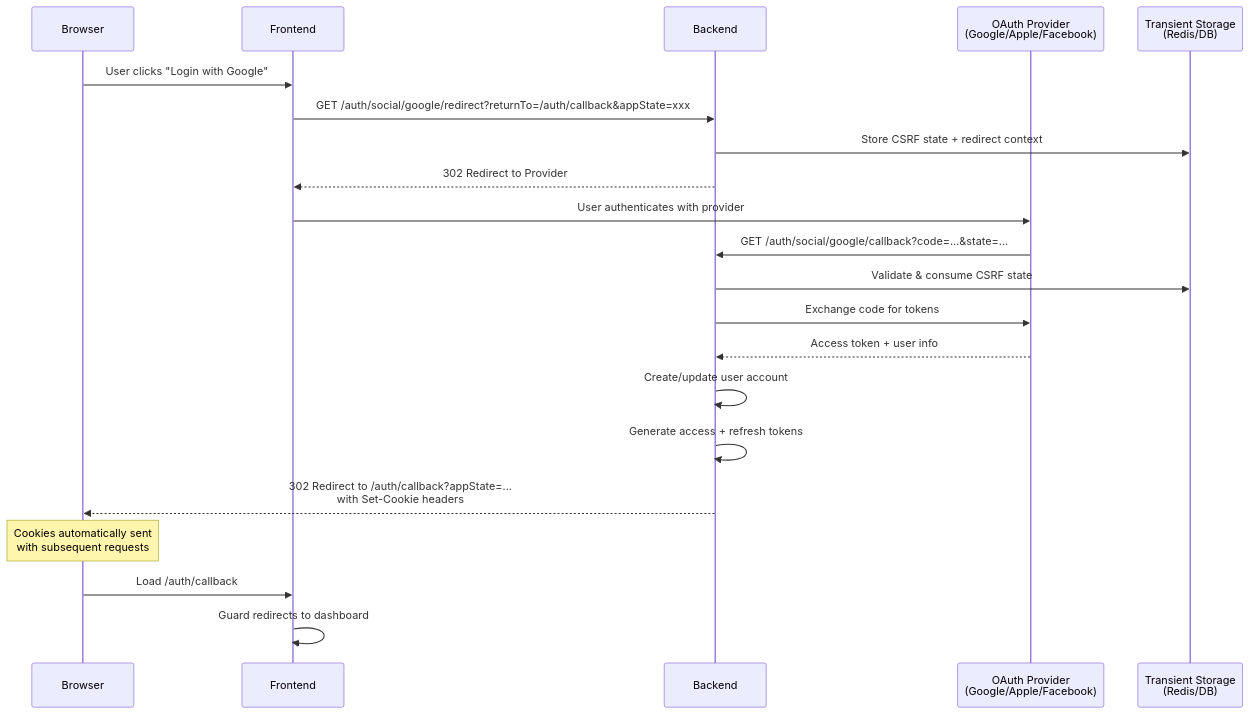
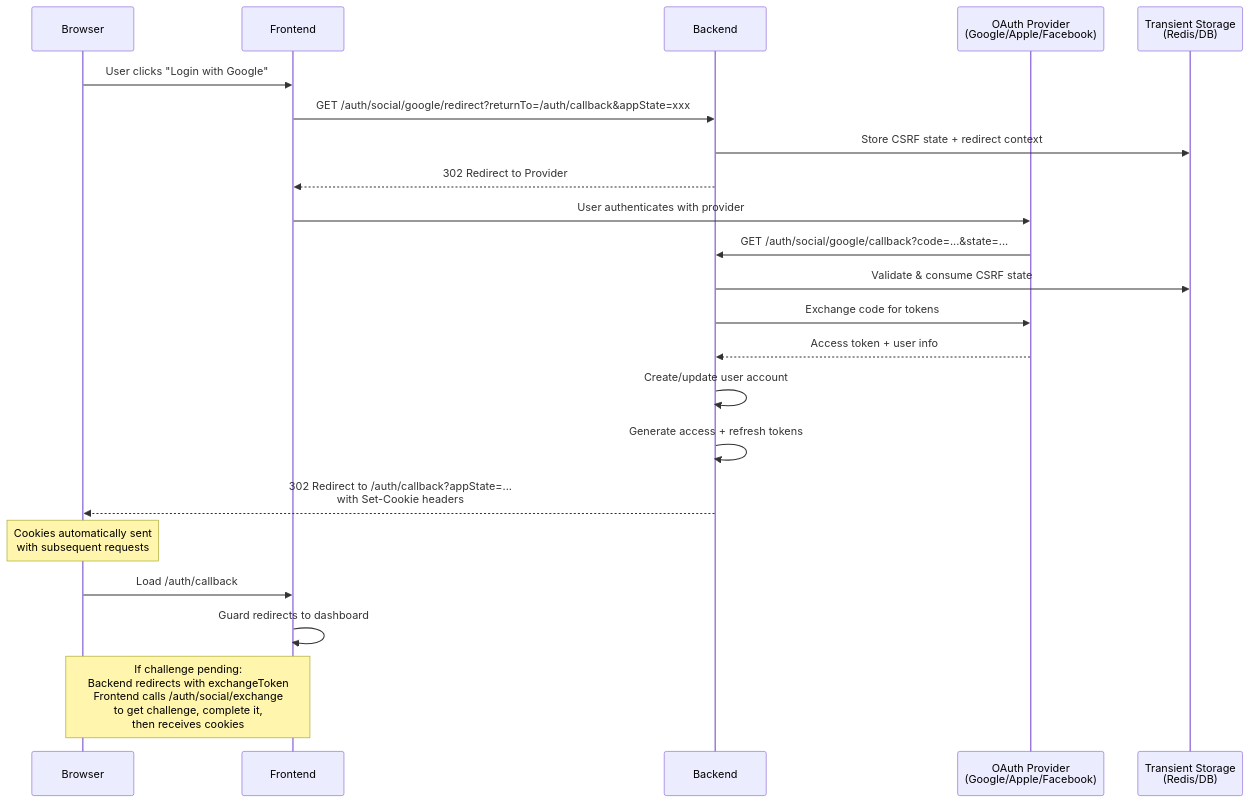
Before and after one commit to noorixorg/nauth-toolkit: the first of 4 diagrams in nauth-docs/docs/features/social-login.md, drawn with Mermaid. The commit also changed other lines of this file and 129 other files, not shown here.

Commit message:
feat: implement native social authentication endpoints for Google, Apple, and Facebook in backend

````diff
--- a/nauth-docs/docs/features/social-login.md
+++ b/nauth-docs/docs/features/social-login.md
@@ -32,24 +32,25 @@
 ```mermaid
 sequenceDiagram
     participant Browser
     participant Frontend
     participant Backend
     participant Provider as OAuth Provider<br/>(Google/Apple/Facebook)
     participant Storage as Transient Storage<br/>(Redis/DB)
 
     Browser->>Frontend: User clicks "Login with Google"
     Frontend->>Backend: GET /auth/social/google/redirect?returnTo=/auth/callback&appState=xxx
     Backend->>Storage: Store CSRF state + redirect context
     Backend-->>Frontend: 302 Redirect to Provider
     Frontend->>Provider: User authenticates with provider
     Provider->>Backend: GET /auth/social/google/callback?code=...&state=...
     Backend->>Storage: Validate & consume CSRF state
     Backend->>Provider: Exchange code for tokens
     Provider-->>Backend: Access token + user info
     Backend->>Backend: Create/update user account
     Backend->>Backend: Generate access + refresh tokens
     Backend-->>Browser: 302 Redirect to /auth/callback?appState=...<br/>with Set-Cookie headers
     Note over Browser: Cookies automatically sent<br/>with subsequent requests
     Browser->>Frontend: Load /auth/callback
     Frontend->>Frontend: Guard redirects to dashboard
+    Note over Browser,Frontend: If challenge pending:<br/>Backend redirects with exchangeToken<br/>Frontend calls /auth/social/exchange<br/>to get challenge, complete it,<br/>then receives cookies
 ```
````
